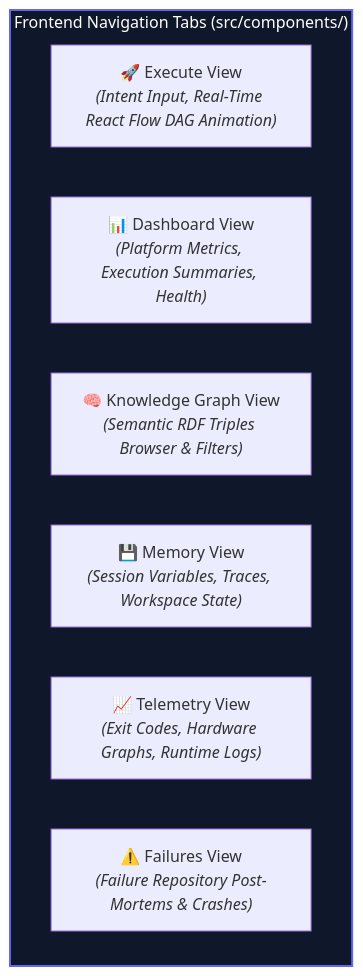
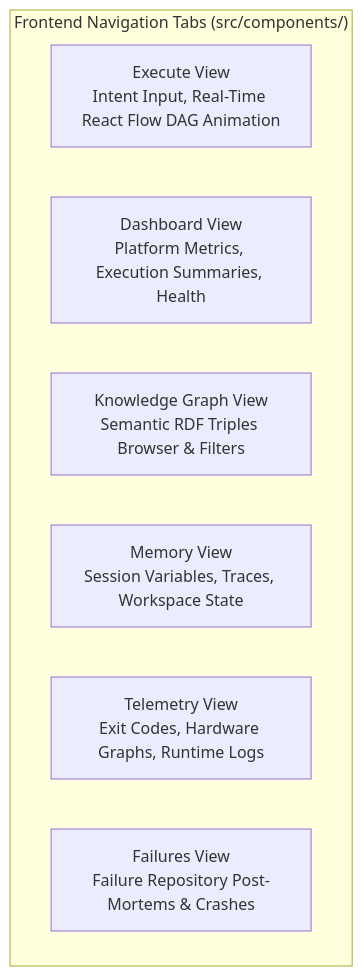
Before and after one commit to jacobjerryarackal/harness-engineering: diagram 16 of 16 in README.md, drawn with Mermaid. The commit also changed other lines of this file, not shown here.

Commit message:
docs: clean up Mermaid diagrams by removing styling and replace HLD diagram with static image link

````diff
--- a/README.md
+++ b/README.md
@@ -1293,13 +1086,11 @@
 ```mermaid
 flowchart TD
     subgraph UIViews["Frontend Navigation Tabs (src/components/)"]
-        V1["🚀 Execute View<br/><i>(Intent Input, Real-Time React Flow DAG Animation)</i>"]
-        V2["📊 Dashboard View<br/><i>(Platform Metrics, Execution Summaries, Health)</i>"]
-        V3["🧠 Knowledge Graph View<br/><i>(Semantic RDF Triples Browser & Filters)</i>"]
-        V4["💾 Memory View<br/><i>(Session Variables, Traces, Workspace State)</i>"]
-        V5["📈 Telemetry View<br/><i>(Exit Codes, Hardware Graphs, Runtime Logs)</i>"]
-        V6["⚠️ Failures View<br/><i>(Failure Repository Post-Mortems & Crashes)</i>"]
+        V1["Execute View<br/>Intent Input, Real-Time React Flow DAG Animation"]
+        V2["Dashboard View<br/>Platform Metrics, Execution Summaries, Health"]
+        V3["Knowledge Graph View<br/>Semantic RDF Triples Browser & Filters"]
+        V4["Memory View<br/>Session Variables, Traces, Workspace State"]
+        V5["Telemetry View<br/>Exit Codes, Hardware Graphs, Runtime Logs"]
+        V6["Failures View<br/>Failure Repository Post-Mortems & Crashes"]
     end
-
-    style UIViews fill:#0f172a,stroke:#6366f1,stroke-width:2px,color:#fff
 ```
````
